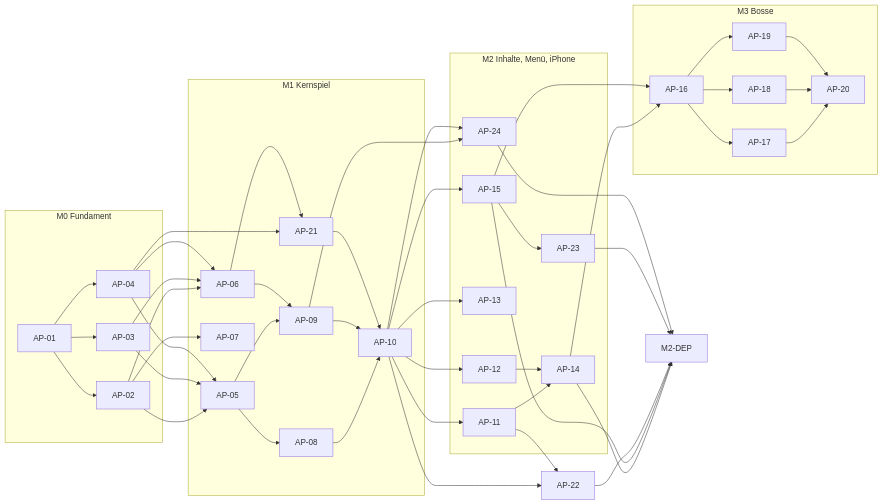
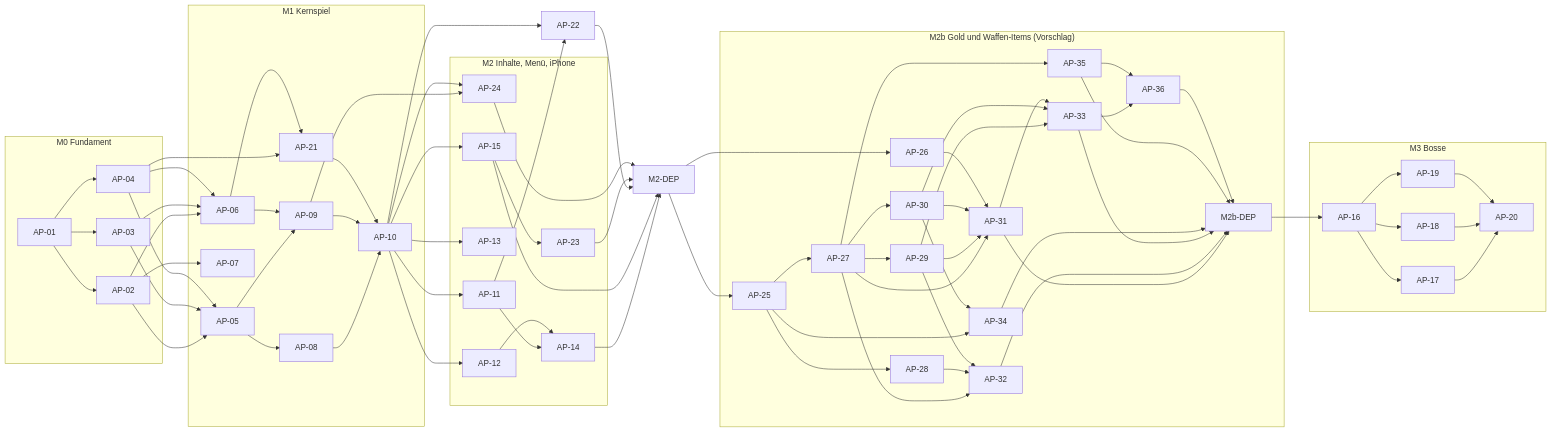
Before and after one commit to CemDCoding/360shooter: the third of 3 diagrams in docs/masterBuildPlan.md, drawn with Mermaid. The commit also changed other lines of this file, not shown here.

Commit message:
plan: add M2b gold and item milestone as proposal, resolve Q-14 and add armour questions

````diff
--- a/docs/masterBuildPlan.md
+++ b/docs/masterBuildPlan.md
@@ -605,32 +675,45 @@
 ```mermaid
 flowchart LR
   subgraph M0["M0 Fundament"]
     AP01["AP-01"] --> AP02["AP-02"] & AP03["AP-03"] & AP04["AP-04"]
   end
   subgraph M1["M1 Kernspiel"]
     AP05["AP-05"] --> AP08["AP-08"] & AP09["AP-09"]
     AP06["AP-06"] --> AP09
     AP08 & AP09 & AP21 --> AP10["AP-10"]
     AP07["AP-07"]
     AP21["AP-21"]
   end
   subgraph M2["M2 Inhalte, Menü, iPhone"]
     AP11["AP-11"] --> AP14["AP-14"]
     AP12["AP-12"] --> AP14
     AP13["AP-13"]
     AP15["AP-15"] --> AP23["AP-23"]
     AP24["AP-24"]
   end
+  subgraph M2b["M2b Gold und Waffen-Items (Vorschlag)"]
+    AP25["AP-25"] --> AP27["AP-27"] & AP28["AP-28"] & AP34["AP-34"]
+    AP26["AP-26"]
+    AP27 --> AP29["AP-29"] & AP30["AP-30"] & AP35["AP-35"] & AP31["AP-31"] & AP32["AP-32"]
+    AP28 --> AP32
+    AP29 --> AP31 & AP32 & AP33["AP-33"]
+    AP30 --> AP31 & AP33 & AP34
+    AP26 --> AP31
+    AP31 --> AP33
+    AP33 & AP35 --> AP36["AP-36"]
+    AP31 & AP32 & AP33 & AP34 & AP35 & AP36 --> M2bDEP["M2b-DEP"]
+  end
+  M2DEP --> AP25 & AP26
   subgraph M3["M3 Bosse"]
     AP16["AP-16"] --> AP17["AP-17"] & AP18["AP-18"] & AP19["AP-19"]
     AP17 & AP18 & AP19 --> AP20["AP-20"]
   end
   AP02 & AP03 & AP04 --> AP05 & AP06
   AP02 --> AP07
   AP04 & AP06 --> AP21
   AP10 --> AP11 & AP12 & AP13 & AP15
-  AP14 & AP15 --> AP16
+  M2bDEP --> AP16
   AP10 & AP11 --> AP22["AP-22"]
   AP09 & AP10 --> AP24
   AP14 & AP15 & AP22 & AP23 & AP24 --> M2DEP["M2-DEP"]
 ```
````
